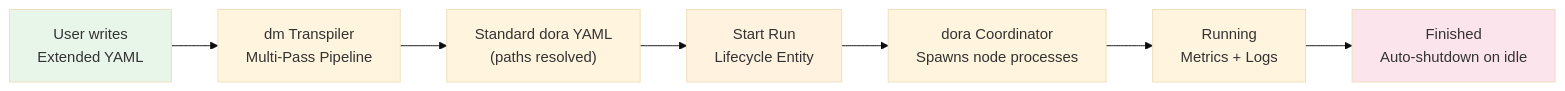
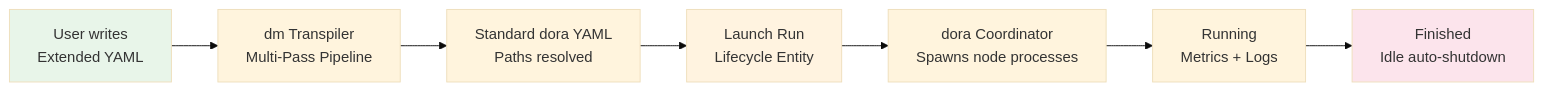
One commit to l1veIn/dora-manager changed the second of 2 diagrams in wiki/zh/en/01-project-overview.md. Above: the diagram before and after it, drawn with Mermaid (base theme). The commit also changed other lines of this file and 99 other files, not shown here.

````diff
--- a/wiki/zh/en/01-project-overview.md
+++ b/wiki/zh/en/01-project-overview.md
@@ -125,13 +64,13 @@
 ```mermaid
 flowchart LR
     A["User writes<br/>Extended YAML"] --> B["dm Transpiler<br/>Multi-Pass Pipeline"]
-    B --> C["Standard dora YAML<br/>(paths resolved)"]
-    C --> D["Start Run<br/>Lifecycle Entity"]
+    B --> C["Standard dora YAML<br/>Paths resolved"]
+    C --> D["Launch Run<br/>Lifecycle Entity"]
     D --> E["dora Coordinator<br/>Spawns node processes"]
     E --> F["Running<br/>Metrics + Logs"]
-    F --> G["Finished<br/>Auto-shutdown on idle"]
-    
+    F --> G["Finished<br/>Idle auto-shutdown"]
+
     style A fill:#e8f5e9
     style D fill:#fff3e0
     style G fill:#fce4ec
 ```
````
